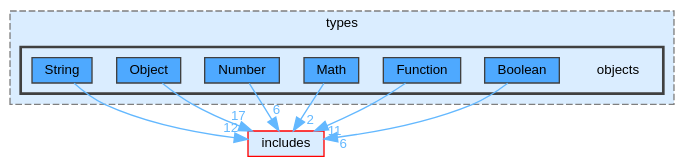
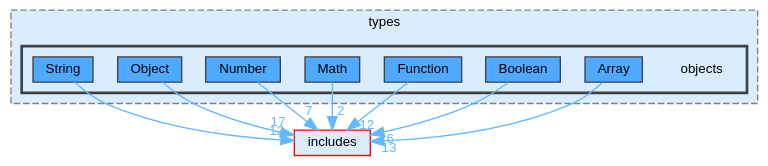
One commit to JS-CMP/JS-CMP changed the diagram in dir_5cf2d1decf7560474321a2736fa1e755_dep.dot. Above: the diagram before and after it, drawn with Graphviz. The commit also changed 325 other files, not shown here.

```diff
--- a/dir_5cf2d1decf7560474321a2736fa1e755_dep.dot
+++ b/dir_5cf2d1decf7560474321a2736fa1e755_dep.dot
@@ -1,28 +1,30 @@
 digraph "lib/types/objects"
 {
  // LATEX_PDF_SIZE
   bgcolor="transparent";
   edge [fontname=Helvetica,fontsize=10,labelfontname=Helvetica,labelfontsize=10];
   node [fontname=Helvetica,fontsize=10,shape=box,height=0.2,width=0.4];
   compound=true
   subgraph clusterdir_560694f03ee5bf1136d79e4f1ca1ca37 {
     graph [ bgcolor="#daedff", pencolor="grey50", label="types", fontname=Helvetica,fontsize=10 style="filled,dashed", URL="dir_560694f03ee5bf1136d79e4f1ca1ca37.html",tooltip=""]
   subgraph clusterdir_5cf2d1decf7560474321a2736fa1e755 {
     graph [ bgcolor="#daedff", pencolor="grey25", label="", fontname=Helvetica,fontsize=10 style="filled,bold", URL="dir_5cf2d1decf7560474321a2736fa1e755.html",tooltip=""]
     dir_5cf2d1decf7560474321a2736fa1e755 [shape=plaintext, label="objects"];
+  dir_4ef2ccce8ced566b68ce2856cb7dbb5d [label="Array", fillcolor="#4ea9ff", color="grey25", style="filled", URL="dir_4ef2ccce8ced566b68ce2856cb7dbb5d.html",tooltip=""];
   dir_eced1a732f40892e12481ed700ce298c [label="Boolean", fillcolor="#4ea9ff", color="grey25", style="filled", URL="dir_eced1a732f40892e12481ed700ce298c.html",tooltip=""];
   dir_8e394419521e172f5df06492d0bbe20e [label="Function", fillcolor="#4ea9ff", color="grey25", style="filled", URL="dir_8e394419521e172f5df06492d0bbe20e.html",tooltip=""];
   dir_4b9d567d8506c00fa8231f42cd574560 [label="Math", fillcolor="#4ea9ff", color="grey25", style="filled", URL="dir_4b9d567d8506c00fa8231f42cd574560.html",tooltip=""];
   dir_f079aee3a6fd104e067379379838b280 [label="Number", fillcolor="#4ea9ff", color="grey25", style="filled", URL="dir_f079aee3a6fd104e067379379838b280.html",tooltip=""];
   dir_1fe854bcec9b56b8f4dc10d84ac4f9dd [label="Object", fillcolor="#4ea9ff", color="grey25", style="filled", URL="dir_1fe854bcec9b56b8f4dc10d84ac4f9dd.html",tooltip=""];
   dir_17a8ac0f0bc05fc8ceca40a3b30d1874 [label="String", fillcolor="#4ea9ff", color="grey25", style="filled", URL="dir_17a8ac0f0bc05fc8ceca40a3b30d1874.html",tooltip=""];
   }
   }
   dir_09e761304027c904456130627fd4dcf5 [label="includes", fillcolor="#daedff", color="red", style="filled", URL="dir_09e761304027c904456130627fd4dcf5.html",tooltip=""];
-  dir_eced1a732f40892e12481ed700ce298c->dir_09e761304027c904456130627fd4dcf5 [headlabel="6", labeldistance=1.5 headhref="dir_000004_000017.html" href="dir_000004_000017.html" color="steelblue1" fontcolor="steelblue1"];
-  dir_8e394419521e172f5df06492d0bbe20e->dir_09e761304027c904456130627fd4dcf5 [headlabel="11", labeldistance=1.5 headhref="dir_000012_000017.html" href="dir_000012_000017.html" color="steelblue1" fontcolor="steelblue1"];
-  dir_4b9d567d8506c00fa8231f42cd574560->dir_09e761304027c904456130627fd4dcf5 [headlabel="2", labeldistance=1.5 headhref="dir_000022_000017.html" href="dir_000022_000017.html" color="steelblue1" fontcolor="steelblue1"];
-  dir_f079aee3a6fd104e067379379838b280->dir_09e761304027c904456130627fd4dcf5 [headlabel="6", labeldistance=1.5 headhref="dir_000023_000017.html" href="dir_000023_000017.html" color="steelblue1" fontcolor="steelblue1"];
-  dir_1fe854bcec9b56b8f4dc10d84ac4f9dd->dir_09e761304027c904456130627fd4dcf5 [headlabel="17", labeldistance=1.5 headhref="dir_000026_000017.html" href="dir_000026_000017.html" color="steelblue1" fontcolor="steelblue1"];
-  dir_17a8ac0f0bc05fc8ceca40a3b30d1874->dir_09e761304027c904456130627fd4dcf5 [headlabel="12", labeldistance=1.5 headhref="dir_000033_000017.html" href="dir_000033_000017.html" color="steelblue1" fontcolor="steelblue1"];
+  dir_4ef2ccce8ced566b68ce2856cb7dbb5d->dir_09e761304027c904456130627fd4dcf5 [headlabel="13", labeldistance=1.5 headhref="dir_000001_000018.html" href="dir_000001_000018.html" color="steelblue1" fontcolor="steelblue1"];
+  dir_eced1a732f40892e12481ed700ce298c->dir_09e761304027c904456130627fd4dcf5 [headlabel="6", labeldistance=1.5 headhref="dir_000005_000018.html" href="dir_000005_000018.html" color="steelblue1" fontcolor="steelblue1"];
+  dir_8e394419521e172f5df06492d0bbe20e->dir_09e761304027c904456130627fd4dcf5 [headlabel="12", labeldistance=1.5 headhref="dir_000013_000018.html" href="dir_000013_000018.html" color="steelblue1" fontcolor="steelblue1"];
+  dir_4b9d567d8506c00fa8231f42cd574560->dir_09e761304027c904456130627fd4dcf5 [headlabel="2", labeldistance=1.5 headhref="dir_000023_000018.html" href="dir_000023_000018.html" color="steelblue1" fontcolor="steelblue1"];
+  dir_f079aee3a6fd104e067379379838b280->dir_09e761304027c904456130627fd4dcf5 [headlabel="7", labeldistance=1.5 headhref="dir_000024_000018.html" href="dir_000024_000018.html" color="steelblue1" fontcolor="steelblue1"];
+  dir_1fe854bcec9b56b8f4dc10d84ac4f9dd->dir_09e761304027c904456130627fd4dcf5 [headlabel="17", labeldistance=1.5 headhref="dir_000027_000018.html" href="dir_000027_000018.html" color="steelblue1" fontcolor="steelblue1"];
+  dir_17a8ac0f0bc05fc8ceca40a3b30d1874->dir_09e761304027c904456130627fd4dcf5 [headlabel="12", labeldistance=1.5 headhref="dir_000034_000018.html" href="dir_000034_000018.html" color="steelblue1" fontcolor="steelblue1"];
 }
```
